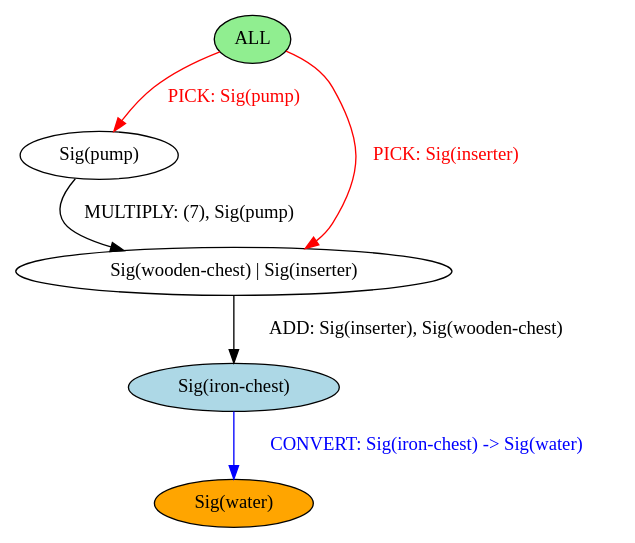
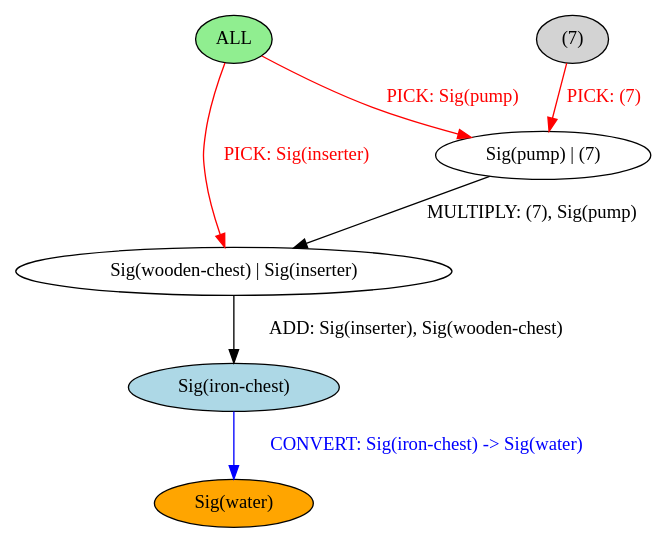
Before and after one commit to BalderHolst/chef: the diagram in chef-lang/examples/comments.output.dot, drawn with Graphviz. The commit also changed 18 other files, not shown here.

```diff
--- a/chef-lang/examples/comments.output.dot
+++ b/chef-lang/examples/comments.output.dot
@@ -1,13 +1,15 @@
 strict digraph {
 	nodesep=1
-	4	[style=filled fillcolor=white label="Sig(pump)"]
+	4	[style=filled fillcolor=white label="Sig(pump) | (7)"]
 	6	[style=filled fillcolor=white label="Sig(wooden-chest) | Sig(inserter)"]
 	0	[style=filled fillcolor=lightgreen label="ALL"]
+	2	[style=filled fillcolor=lightgray label="(7)"]
 	9	[style=filled fillcolor=orange label="Sig(water)"]
 	8	[style=filled fillcolor=lightblue label="Sig(iron-chest)"]
 	4 -> 6	[label="MULTIPLY: (7), Sig(pump)" color=black fontcolor=black]
 	6 -> 8	[label="ADD: Sig(inserter), Sig(wooden-chest)" color=black fontcolor=black]
 	0 -> 6	[label="PICK: Sig(inserter)" color=red fontcolor=red]
 	0 -> 4	[label="PICK: Sig(pump)" color=red fontcolor=red]
+	2 -> 4	[label="PICK: (7)" color=red fontcolor=red]
 	8 -> 9	[label="CONVERT: Sig(iron-chest) -> Sig(water)" color=blue fontcolor=blue]
 }
```
